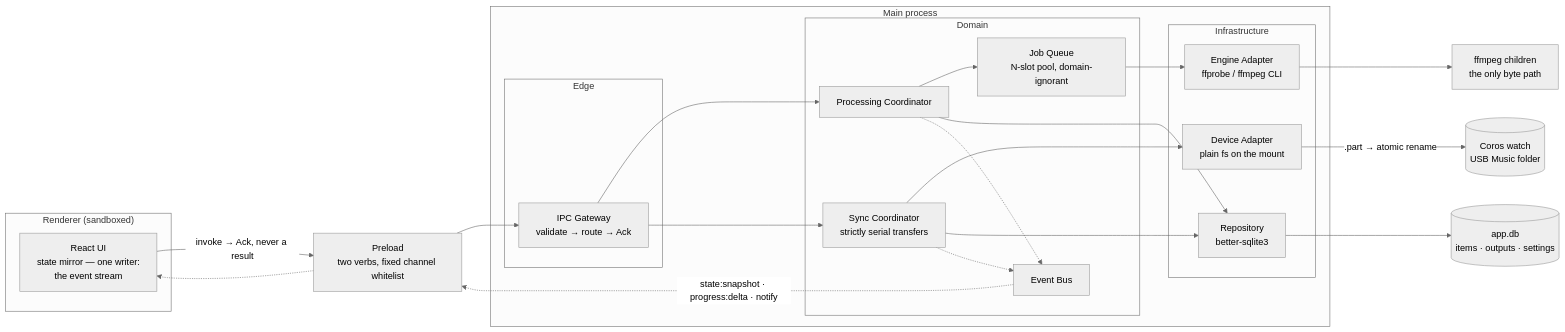
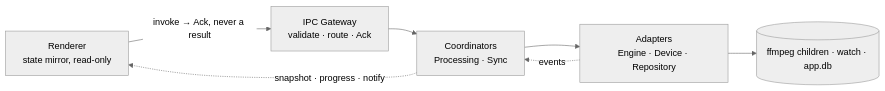
Before and after one commit to ricardo-reis-swe/coros-sync-app: the diagram in README.md, drawn with Mermaid (neutral theme). The commit also changed other lines of this file and 4 other files, not shown here.

````diff
--- a/README.md
+++ b/README.md
@@ -20,37 +114,12 @@
 ```mermaid
 flowchart LR
-    subgraph renderer["Renderer (sandboxed)"]
-        UI["React UI<br/>state mirror — one writer:<br/>the event stream"]
-    end
+    UI["Renderer<br/>state mirror, read-only"]
+    GW["IPC Gateway<br/>validate · route · Ack"]
+    CO["Coordinators<br/>Processing · Sync"]
+    AD["Adapters<br/>Engine · Device · Repository"]
+    OUT[("ffmpeg children · watch · app.db")]
 
-    PRE["Preload<br/>two verbs, fixed channel whitelist"]
-
-    subgraph main["Main process"]
-        subgraph edge["Edge"]
-            GW["IPC Gateway<br/>validate → route → Ack"]
-        end
-        subgraph domain["Domain"]
-            PC["Processing Coordinator"]
-            SC["Sync Coordinator<br/>strictly serial transfers"]
-            POOL["Job Queue<br/>N-slot pool, domain-ignorant"]
-            BUS["Event Bus"]
-        end
-        subgraph infra["Infrastructure"]
-            ENG["Engine Adapter<br/>ffprobe / ffmpeg CLI"]
-            DEV["Device Adapter<br/>plain fs on the mount"]
-            REPO["Repository<br/>better-sqlite3"]
-        end
-    end
-
-    FF["ffmpeg children<br/>the only byte path"]
-    WATCH[("Coros watch<br/>USB Music folder")]
-    DB[("app.db<br/>items · outputs · settings")]
-
-    UI -->|"invoke → Ack, never a result"| PRE --> GW
-    GW --> PC & SC
-    PC --> POOL --> ENG --> FF
-    SC --> DEV -->|".part → atomic rename"| WATCH
-    PC & SC --> REPO --> DB
-    PC & SC -.-> BUS
-    BUS -.->|"state:snapshot · progress:delta · notify"| PRE -.-> UI
+    UI -->|"invoke → Ack, never a result"| GW --> CO --> AD --> OUT
+    AD -.->|"events"| CO
+    CO -.->|"snapshot · progress · notify"| UI
 ```
````
